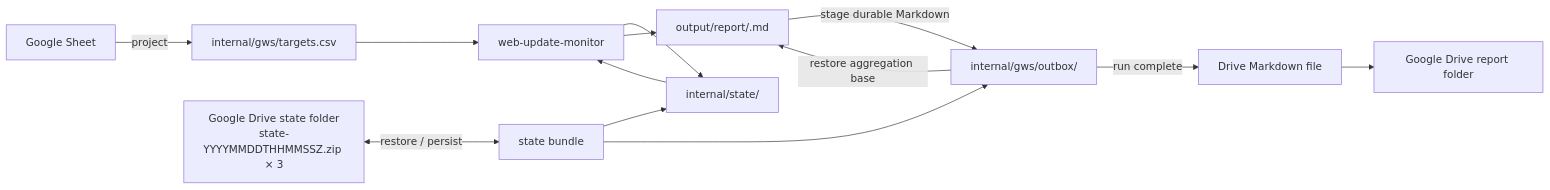
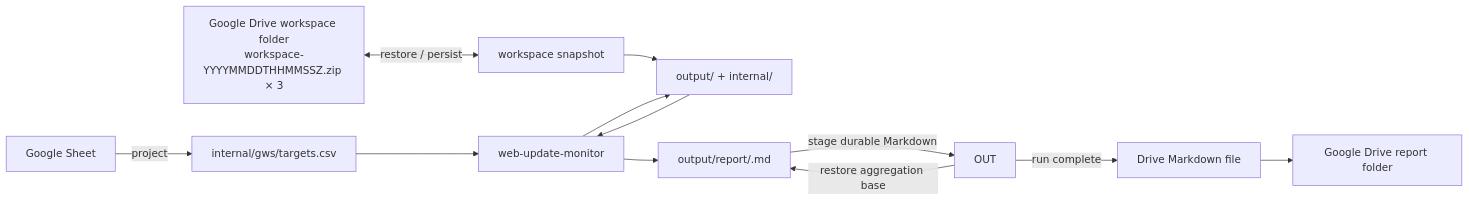
The diagram in skills/web-update-monitor-gws/SKILL.md (dceoy/wsum), drawn with Mermaid before and after one commit. The commit also changed other lines of this file, not shown here.

Commit message:
Refactor GWS persistence to workspace snapshots

````diff
--- a/skills/web-update-monitor-gws/SKILL.md
+++ b/skills/web-update-monitor-gws/SKILL.md
@@ -16,15 +16,14 @@
 ```mermaid
 flowchart LR
     GS["Google Sheet"] -->|project| CSV["internal/gws/targets.csv"]
-    DS["Google Drive state folder<br/>state-YYYYMMDDTHHMMSSZ.zip × 3"] <-->|restore / persist| BUNDLE["state bundle"]
-    BUNDLE --> STATE["internal/state/"]
-    BUNDLE --> OUT["internal/gws/outbox/"]
+    DS["Google Drive workspace folder<br/>workspace-YYYYMMDDTHHMMSSZ.zip × 3"] <-->|restore / persist| WS["workspace snapshot"]
+    WS --> WORKSPACE["output/ + internal/"]
     CSV --> CORE["web-update-monitor"]
-    STATE --> CORE
-    CORE --> STATE
+    WORKSPACE --> CORE
+    CORE --> WORKSPACE
     CORE --> REPORT["output/report/<run-id>.md"]
     OUT -->|restore aggregation base| REPORT
     REPORT -->|stage durable Markdown| OUT
     OUT -->|run complete| GMD["Drive Markdown file"]
     GMD --> DR["Google Drive report folder"]
 ```
````
